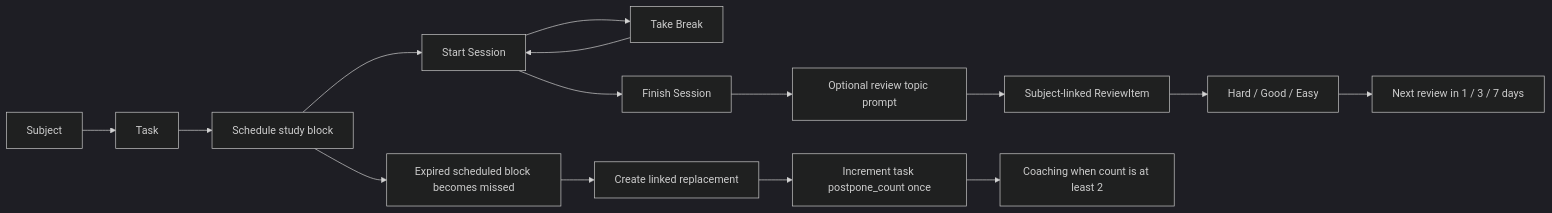
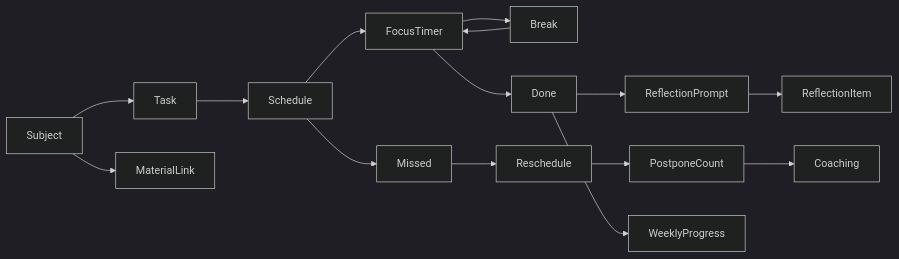
The first of 2 diagrams in docs/PROJECT_CONTEXT.md (LJBYTES-cloud/yotei), drawn with Mermaid (dark theme) before and after one commit. The commit also changed other lines of this file and 48 other files, not shown here.

````diff
--- a/docs/PROJECT_CONTEXT.md
+++ b/docs/PROJECT_CONTEXT.md
@@ -9,17 +9,9 @@
 ```mermaid
 flowchart LR
-  Subject[Subject] --> Task[Task]
-  Task --> Schedule[Schedule study block]
-  Schedule --> Active[Start Session]
-  Active --> Break[Take Break]
-  Break --> Active
-  Active --> Done[Finish Session]
-  Done --> Prompt[Optional review topic prompt]
-  Prompt --> Queue[Subject-linked ReviewItem]
-  Queue --> Rating[Hard / Good / Easy]
-  Rating --> Due[Next review in 1 / 3 / 7 days]
-  Schedule --> Missed[Expired scheduled block becomes missed]
-  Missed --> Reschedule[Create linked replacement]
-  Reschedule --> Count[Increment task postpone_count once]
-  Count --> Coaching[Coaching when count is at least 2]
+  Subject --> Task --> Schedule --> FocusTimer
+  FocusTimer --> Break --> FocusTimer
+  FocusTimer --> Done --> ReflectionPrompt --> ReflectionItem
+  Schedule --> Missed --> Reschedule --> PostponeCount --> Coaching
+  Subject --> MaterialLink
+  Done --> WeeklyProgress
 ```
````
